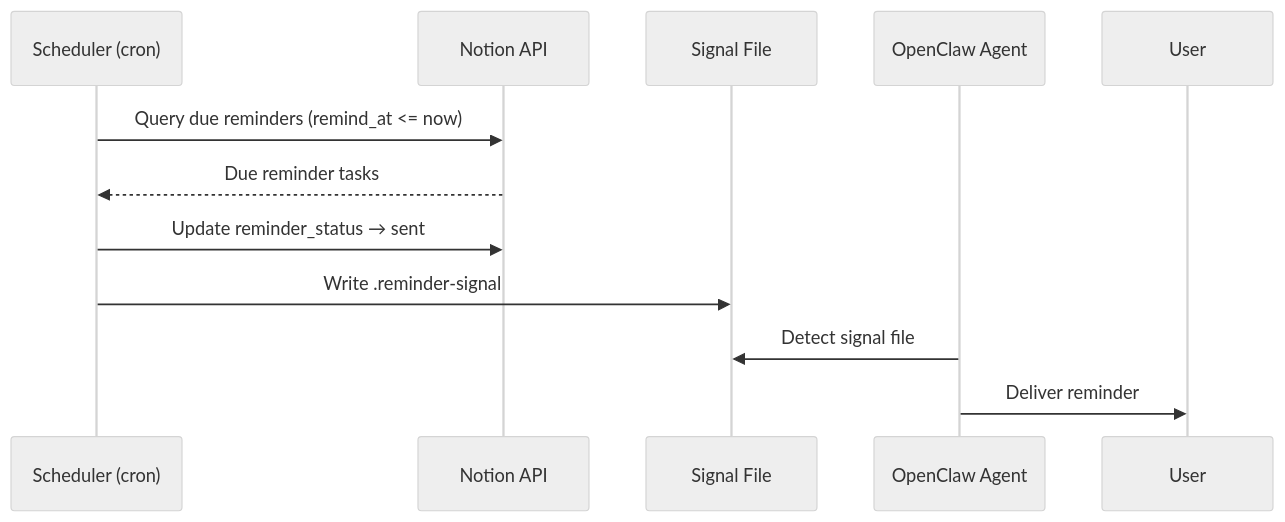
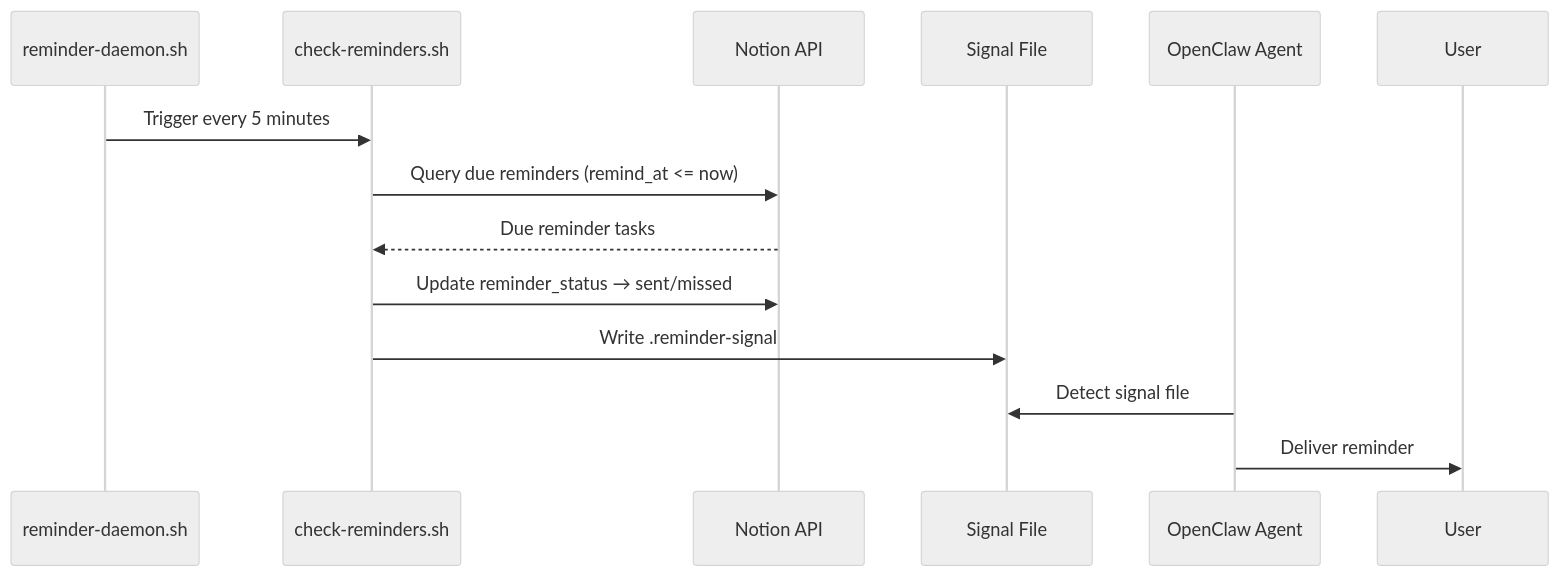
Before and after one commit to NickBorgersProbably/hide-my-list: diagram 23 of 29 in docs/user-interactions.md, drawn with Mermaid (neutral theme). The commit also changed 8 other files, not shown here.

First line of the commit message:
Replace GitHub Actions cron with local reminder daemon; fix review blockers

````diff
--- a/docs/user-interactions.md
+++ b/docs/user-interactions.md
@@ -764,15 +764,17 @@
 ```mermaid
 sequenceDiagram
-    participant Cron as Scheduler (cron)
+    participant Daemon as reminder-daemon.sh
+    participant Scr as check-reminders.sh
     participant Notion as Notion API
     participant Signal as Signal File
     participant Agent as OpenClaw Agent
     participant User
 
-    Cron->>Notion: Query due reminders (remind_at <= now)
-    Notion-->>Cron: Due reminder tasks
-    Cron->>Notion: Update reminder_status → sent
-    Cron->>Signal: Write .reminder-signal
+    Daemon->>Scr: Trigger every 5 minutes
+    Scr->>Notion: Query due reminders (remind_at <= now)
+    Notion-->>Scr: Due reminder tasks
+    Scr->>Notion: Update reminder_status → sent/missed
+    Scr->>Signal: Write .reminder-signal
     Agent->>Signal: Detect signal file
     Agent->>User: Deliver reminder
 ```
````
